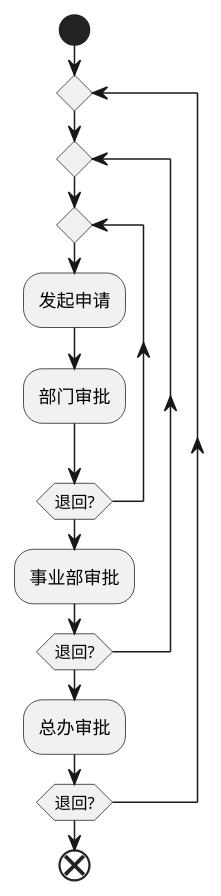
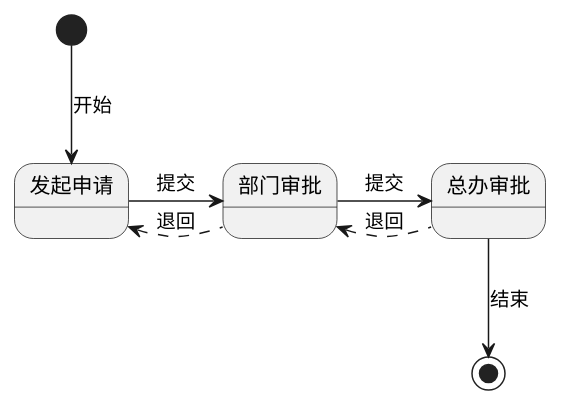
One commit to nemoworks/enkrinojs changed the diagram in docs/diagrams/reject.puml. Above: the diagram before and after it, drawn with PlantUML. The commit also changed 1 other file, not shown here.

Commit message:
change to state diagram

```diff
--- a/docs/diagrams/reject.puml
+++ b/docs/diagrams/reject.puml
@@ -1,16 +1,9 @@
 @startuml
-start
+[*] --> 发起申请 :开始
+发起申请 -right-> 部门审批 :提交
+部门审批 -right-> 总办审批 :提交
+部门审批 -left[dashed]-> 发起申请 :退回
+总办审批 -left[dashed]-> 部门审批 :退回
 
-repeat
-repeat
-repeat
-:发起申请;
-:部门审批;
-repeat while (退回?)
-:事业部审批;
-repeat while (退回?)
-:总办审批;
-repeat while (退回?)
-
-end
+总办审批 -down-> [*] :结束
 @enduml
```
